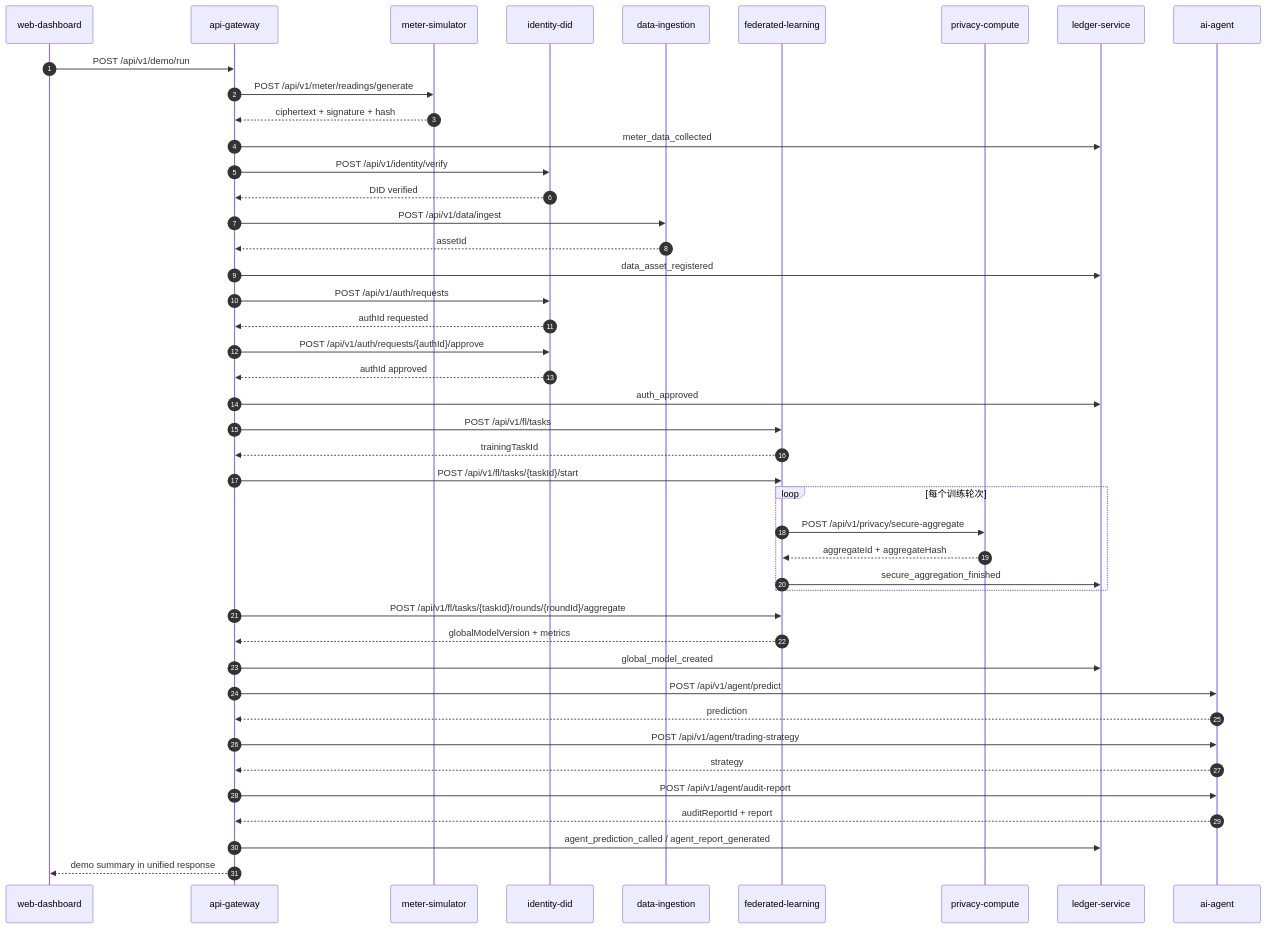
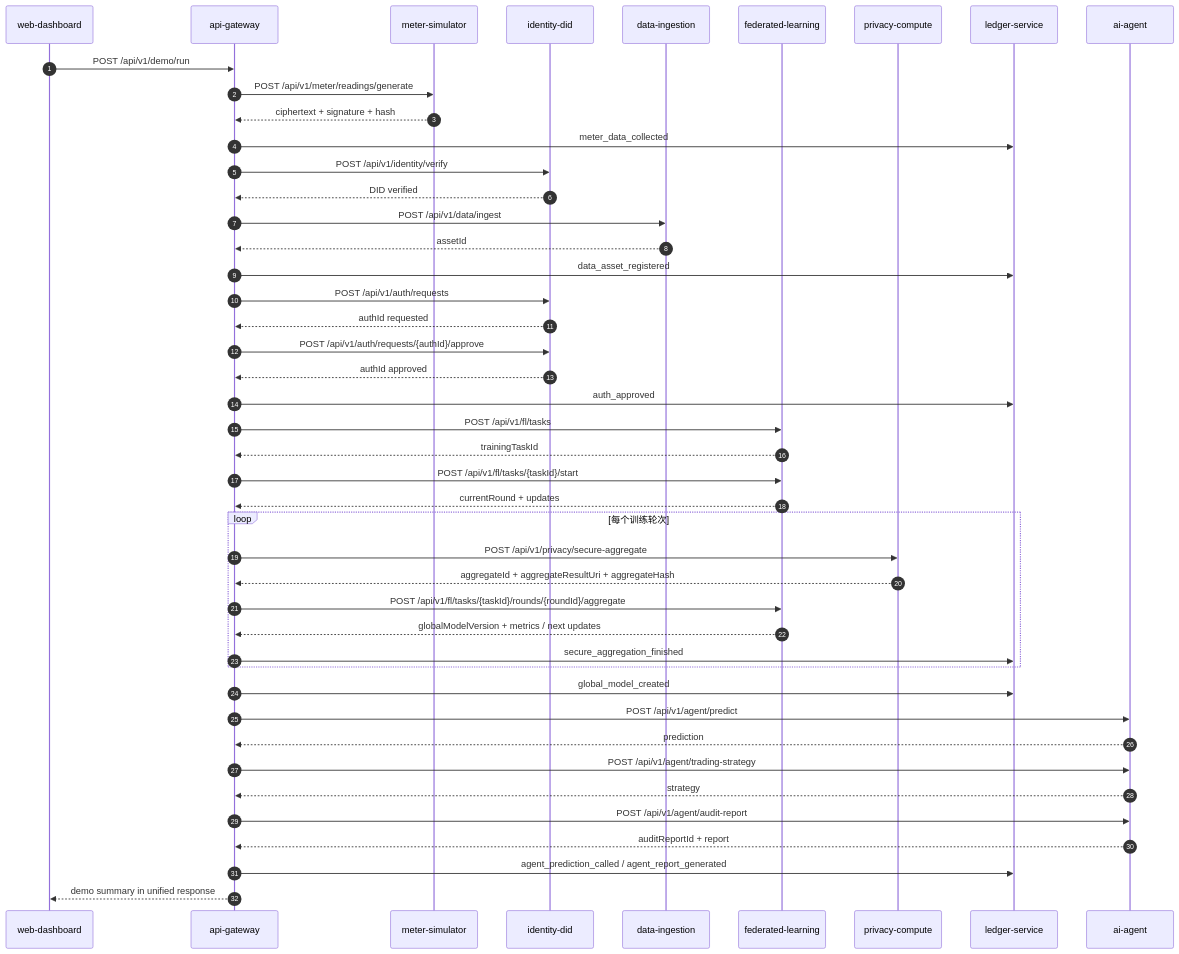
One commit to Guy-GD/vpp-trusted-data-space changed the diagram in docs/design/main-flow.md. Above: the diagram before and after it, drawn with Mermaid. The commit also changed other lines of this file and 3 other files, not shown here.

````diff
--- a/docs/design/main-flow.md
+++ b/docs/design/main-flow.md
@@ -41,46 +42,47 @@
 ```mermaid
 sequenceDiagram
     autonumber
     participant UI as web-dashboard
     participant GW as api-gateway
     participant Meter as meter-simulator
     participant DID as identity-did
     participant Ingest as data-ingestion
     participant FL as federated-learning
     participant Privacy as privacy-compute
     participant Ledger as ledger-service
     participant Agent as ai-agent
     UI->>GW: POST /api/v1/demo/run
     GW->>Meter: POST /api/v1/meter/readings/generate
     Meter-->>GW: ciphertext + signature + hash
     GW->>Ledger: meter_data_collected
     GW->>DID: POST /api/v1/identity/verify
     DID-->>GW: DID verified
     GW->>Ingest: POST /api/v1/data/ingest
     Ingest-->>GW: assetId
     GW->>Ledger: data_asset_registered
     GW->>DID: POST /api/v1/auth/requests
     DID-->>GW: authId requested
     GW->>DID: POST /api/v1/auth/requests/{authId}/approve
     DID-->>GW: authId approved
     GW->>Ledger: auth_approved
     GW->>FL: POST /api/v1/fl/tasks
     FL-->>GW: trainingTaskId
     GW->>FL: POST /api/v1/fl/tasks/{taskId}/start
+    FL-->>GW: currentRound + updates
     loop 每个训练轮次
-        FL->>Privacy: POST /api/v1/privacy/secure-aggregate
-        Privacy-->>FL: aggregateId + aggregateHash
-        FL->>Ledger: secure_aggregation_finished
+        GW->>Privacy: POST /api/v1/privacy/secure-aggregate
+        Privacy-->>GW: aggregateId + aggregateResultUri + aggregateHash
+        GW->>FL: POST /api/v1/fl/tasks/{taskId}/rounds/{roundId}/aggregate
+        FL-->>GW: globalModelVersion + metrics / next updates
+        GW->>Ledger: secure_aggregation_finished
     end
-    GW->>FL: POST /api/v1/fl/tasks/{taskId}/rounds/{roundId}/aggregate
-    FL-->>GW: globalModelVersion + metrics
     GW->>Ledger: global_model_created
     GW->>Agent: POST /api/v1/agent/predict
     Agent-->>GW: prediction
     GW->>Agent: POST /api/v1/agent/trading-strategy
     Agent-->>GW: strategy
     GW->>Agent: POST /api/v1/agent/audit-report
     Agent-->>GW: auditReportId + report
     GW->>Ledger: agent_prediction_called / agent_report_generated
     GW-->>UI: demo summary in unified response
 ```
````
